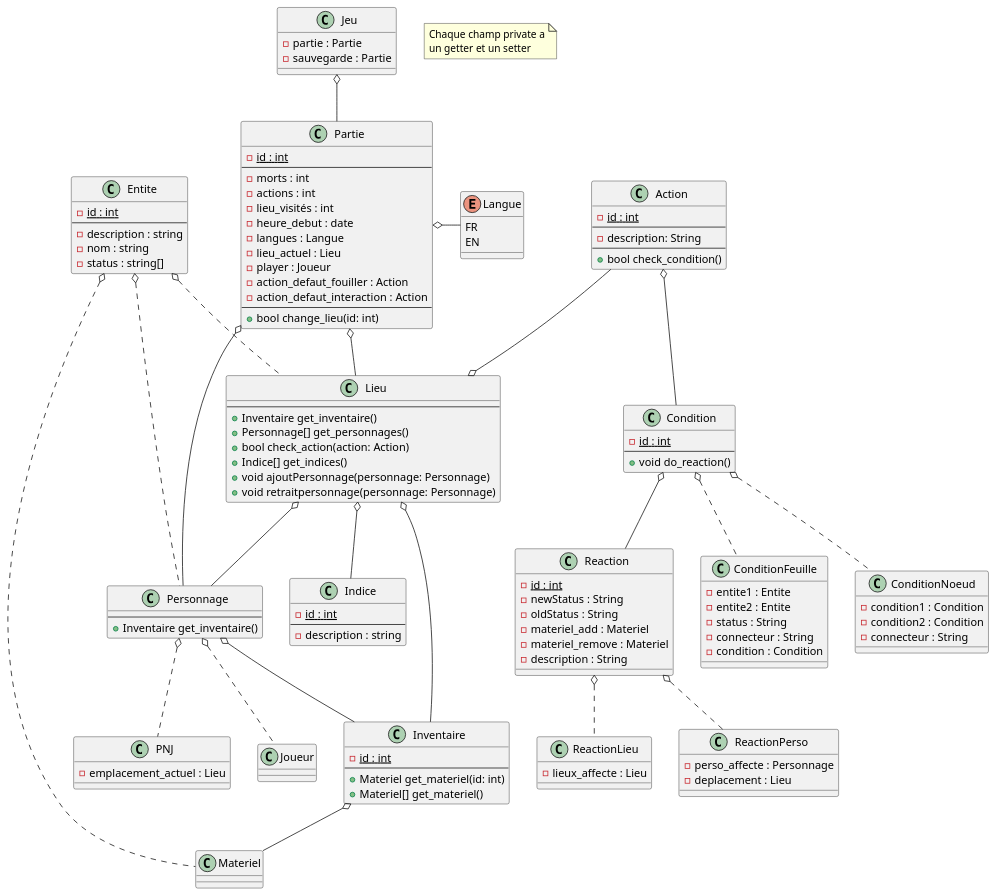
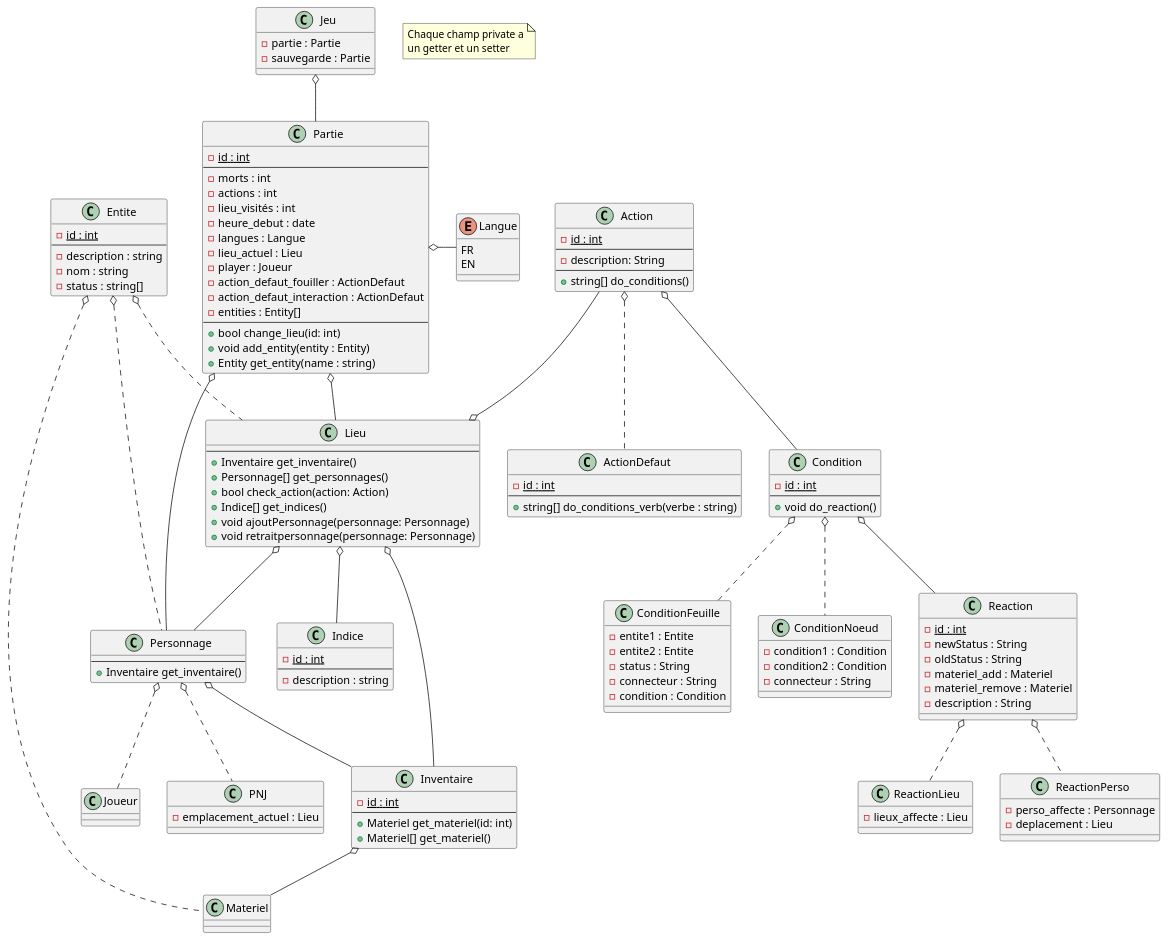
The third of 3 diagrams in diagrammes.md (Serious-game-textuel/doc), drawn with PlantUML before and after one commit.

Commit message:
Mise à jour diagramme de classe avec les nouvelles actions

```diff
--- a/diagrammes.md
+++ b/diagrammes.md
@@ -71,10 +71,13 @@
     -langues : Langue
     -lieu_actuel : Lieu
     -player : Joueur
-    -action_defaut_fouiller : Action
-    -action_defaut_interaction : Action
+    -action_defaut_fouiller : ActionDefaut
+    -action_defaut_interaction : ActionDefaut
+    -entities : Entity[]
   --
     +bool change_lieu(id: int)
+    +void add_entity(entity : Entity)
+    +Entity get_entity(name : string)
 }
 
 Class Inventaire{
@@ -116,7 +119,13 @@
   --
     -description: String
   --
-    +bool check_condition()
+    +string[] do_conditions()
+}
+
+Class ActionDefaut{
+    -{static} id : int
+  --
+    +string[] do_conditions_verb(verbe : string)
 }
 
 Class Condition{
@@ -173,6 +182,7 @@
 Lieu o-- Inventaire
 Lieu o-- Indice
 Action o-- Condition
+Action o.. ActionDefaut
 Condition o-- Reaction
 Action --o Lieu
 Lieu o-- Personnage
```
